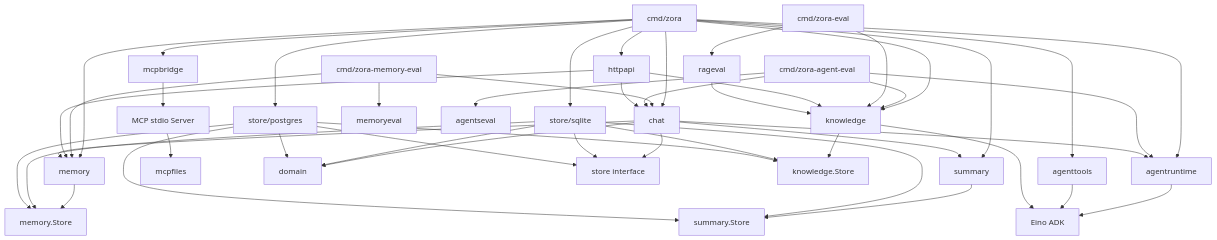
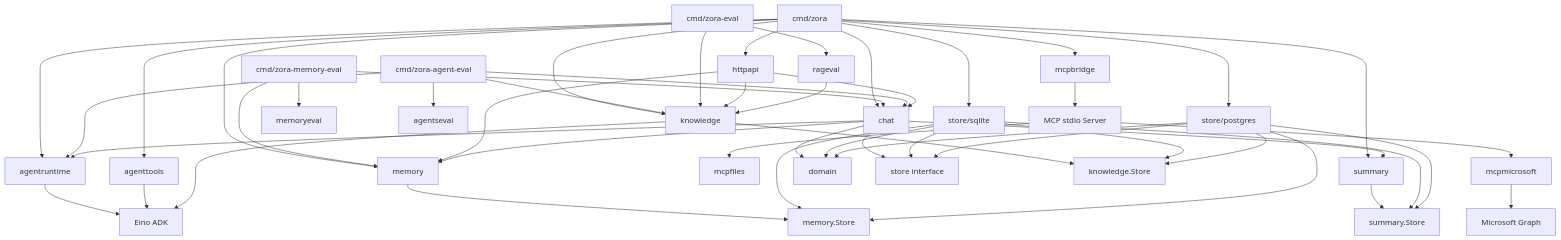
The first of 8 diagrams in docs/technical-design.md (zora-DD/zora), drawn with Mermaid before and after one commit. The commit also changed other lines of this file and 16 other files, not shown here.

````diff
--- a/docs/technical-design.md
+++ b/docs/technical-design.md
@@ -62,49 +64,51 @@
 ```mermaid
 flowchart TD
     Main["cmd/zora"] --> HTTP["httpapi"]
     Main --> Chat["chat"]
     Main --> Runtime["agentruntime"]
     Main --> SQLite["store/sqlite"]
     Main --> Postgres["store/postgres"]
     Main --> Tools["agenttools"]
     Main --> Knowledge["knowledge"]
     Main --> Memory["memory"]
     Main --> Summary["summary"]
     Main --> MCPBridge["mcpbridge"]
     MCPBridge --> MCPServer["MCP stdio Server"]
     MCPServer --> MCPFiles["mcpfiles"]
+    MCPServer --> MCPMicrosoft["mcpmicrosoft"]
+    MCPMicrosoft --> Graph["Microsoft Graph"]
     MemoryEval["cmd/zora-memory-eval"] --> MemoryAB["memoryeval"]
     MemoryEval --> Chat
     MemoryEval --> Memory
     AgentEval["cmd/zora-agent-eval"] --> AgentsEval["agentseval"]
     AgentEval --> Chat
     AgentEval --> Runtime
     AgentEval --> Knowledge
     Eval["cmd/zora-eval"] --> RAGEval["rageval"]
     Eval --> Knowledge
     HTTP --> Chat
     HTTP --> Knowledge
     HTTP --> Memory
     Chat --> Domain["domain"]
     Chat --> Store["store interface"]
     Chat --> Runtime
     Chat --> Memory
     Chat --> Summary
     Runtime --> Eino["Eino ADK"]
     Tools --> Eino
     Knowledge --> Eino
     Knowledge --> KStore["knowledge.Store"]
     Memory --> MStore["memory.Store"]
     Summary --> SStore["summary.Store"]
     RAGEval --> Knowledge
     SQLite --> Store
     SQLite --> KStore
     SQLite --> MStore
     SQLite --> SStore
     SQLite --> Domain
     Postgres --> Store
     Postgres --> KStore
     Postgres --> MStore
     Postgres --> SStore
     Postgres --> Domain
 ```
````
